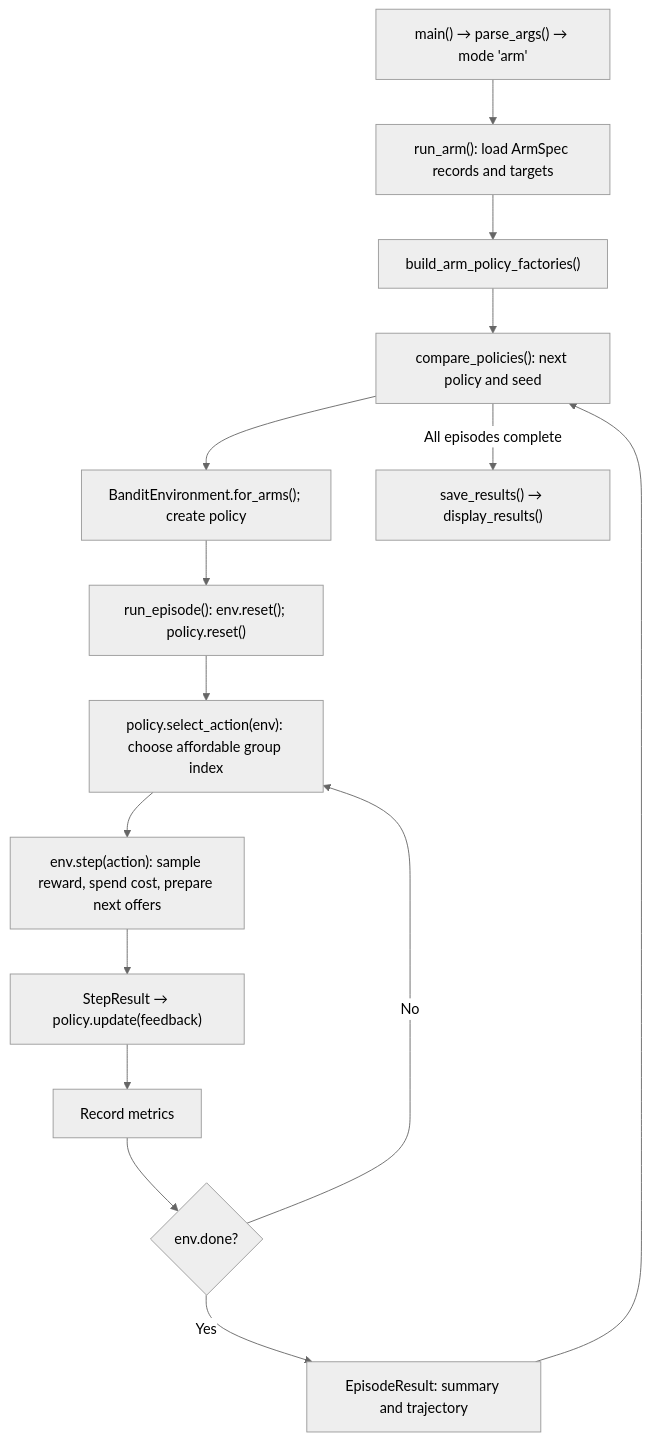
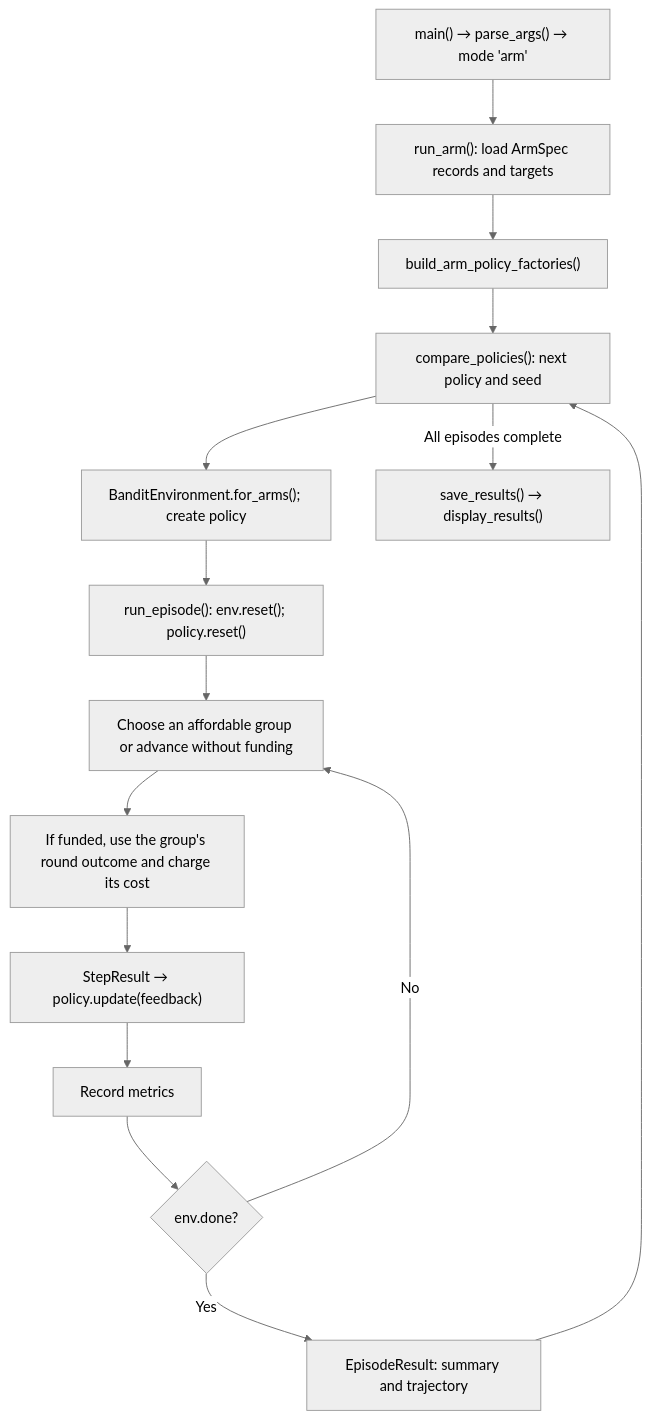
The second of 6 diagrams in README.md (Shuniy/FairBudgetedMicrofinanceAllocation), drawn with Mermaid (neutral theme) before and after one commit. The commit also changed other lines of this file and 18 other files, not shown here.

````diff
--- a/README.md
+++ b/README.md
@@ -196,17 +200,17 @@
 ```mermaid
 flowchart TD
     A["main() → parse_args() → mode 'arm'"] --> B["run_arm(): load ArmSpec records and targets"]
     B --> C["build_arm_policy_factories()"]
     C --> D["compare_policies(): next policy and seed"]
     D --> E["BanditEnvironment.for_arms(); create policy"]
     E --> F["run_episode(): env.reset(); policy.reset()"]
-    F --> G["policy.select_action(env): choose affordable group index"]
-    G --> H["env.step(action): sample reward, spend cost, prepare next offers"]
+    F --> G["Choose an affordable group or advance without funding"]
+    G --> H["If funded, use the group's round outcome and charge its cost"]
     H --> I["StepResult → policy.update(feedback)"]
     I --> J["Record metrics"]
     J --> K{"env.done?"}
     K -->|No| G
     K -->|Yes| L["EpisodeResult: summary and trajectory"]
     L --> D
     D -->|All episodes complete| M["save_results() → display_results()"]
 ```
````
